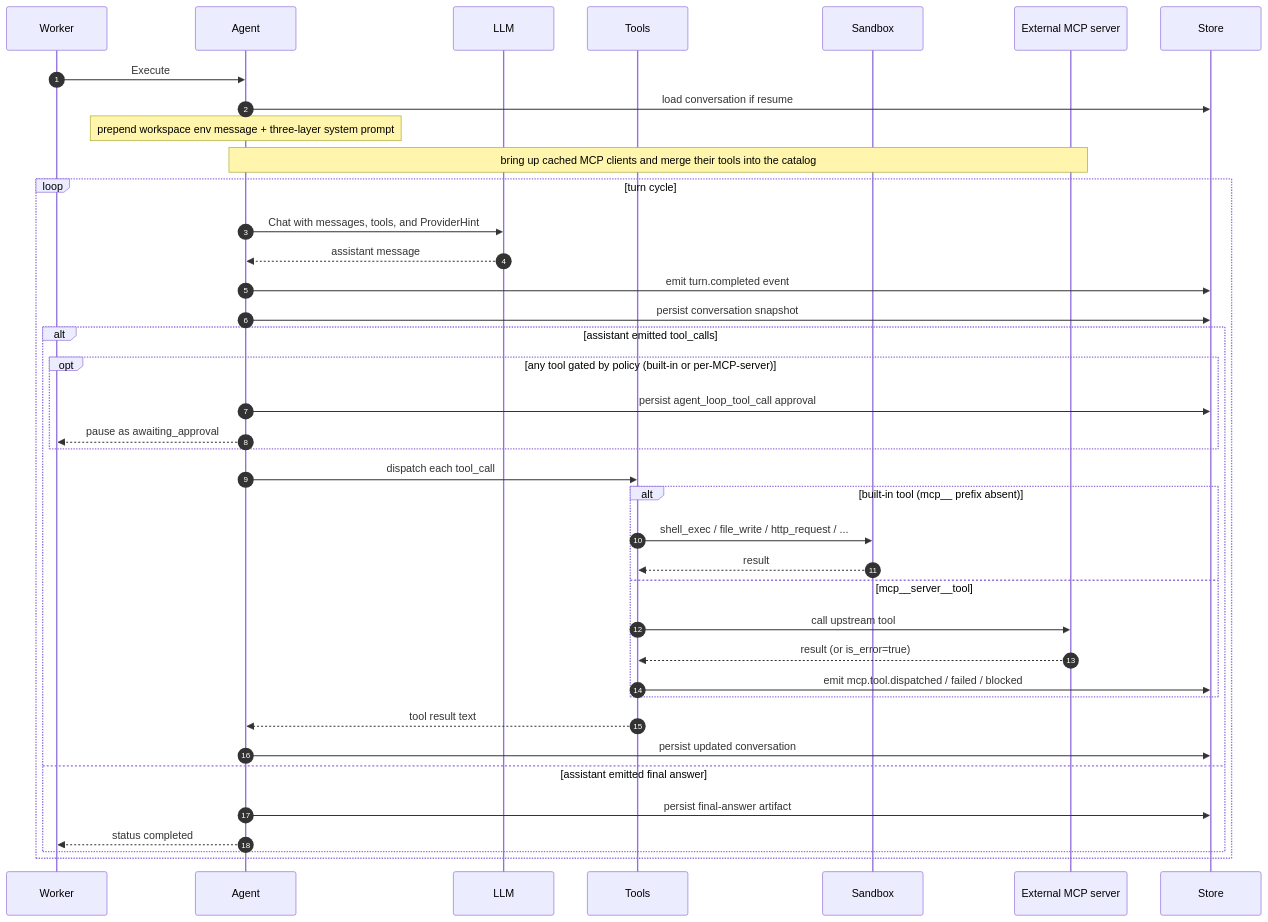
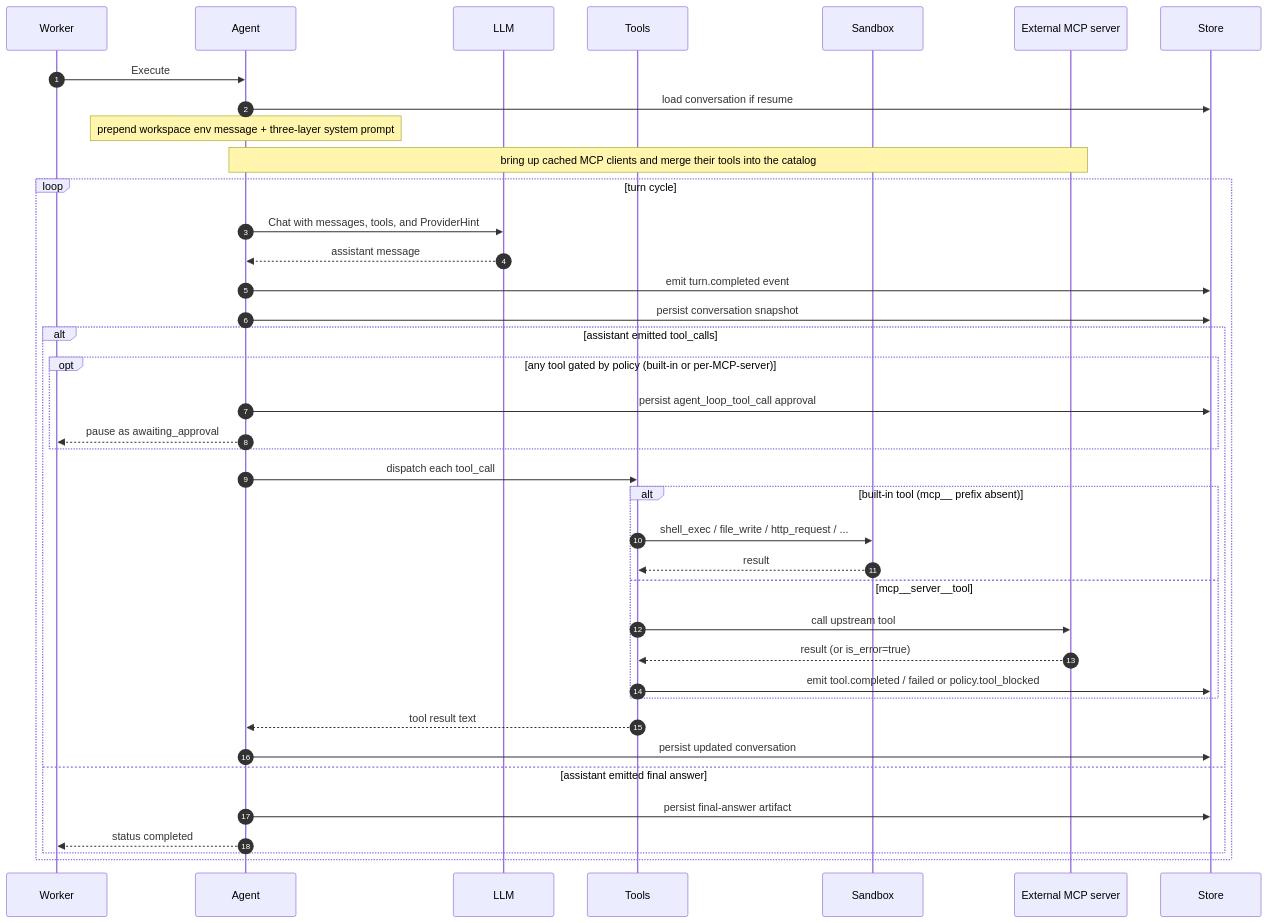
One commit to hecatehq/hecate changed the third of 3 diagrams in docs/architecture.md. Above: the diagram before and after it, drawn with Mermaid. The commit also changed 7 other files, not shown here.

First line of the commit message:
feat(eventprotocol): normalize MCP tool events

````diff
--- a/docs/architecture.md
+++ b/docs/architecture.md
@@ -114,41 +114,41 @@
 ```mermaid
 sequenceDiagram
     autonumber
     participant Worker
     participant Agent
     participant LLM
     participant Tools
     participant Sandbox
     participant MCP as External MCP server
     participant Store
     Worker->>Agent: Execute
     Agent->>Store: load conversation if resume
     Note over Agent: prepend workspace env message + three-layer system prompt
     Note over Agent,MCP: bring up cached MCP clients and merge their tools into the catalog
     loop turn cycle
         Agent->>LLM: Chat with messages, tools, and ProviderHint
         LLM-->>Agent: assistant message
         Agent->>Store: emit turn.completed event
         Agent->>Store: persist conversation snapshot
         alt assistant emitted tool_calls
             opt any tool gated by policy (built-in or per-MCP-server)
                 Agent->>Store: persist agent_loop_tool_call approval
                 Agent-->>Worker: pause as awaiting_approval
             end
             Agent->>Tools: dispatch each tool_call
             alt built-in tool (mcp__ prefix absent)
                 Tools->>Sandbox: shell_exec / file_write / http_request / ...
                 Sandbox-->>Tools: result
             else mcp__server__tool
                 Tools->>MCP: call upstream tool
                 MCP-->>Tools: result (or is_error=true)
-                Tools->>Store: emit mcp.tool.dispatched / failed / blocked
+                Tools->>Store: emit tool.completed / failed or policy.tool_blocked
             end
             Tools-->>Agent: tool result text
             Agent->>Store: persist updated conversation
         else assistant emitted final answer
             Agent->>Store: persist final-answer artifact
             Agent-->>Worker: status completed
         end
     end
 ```
````
